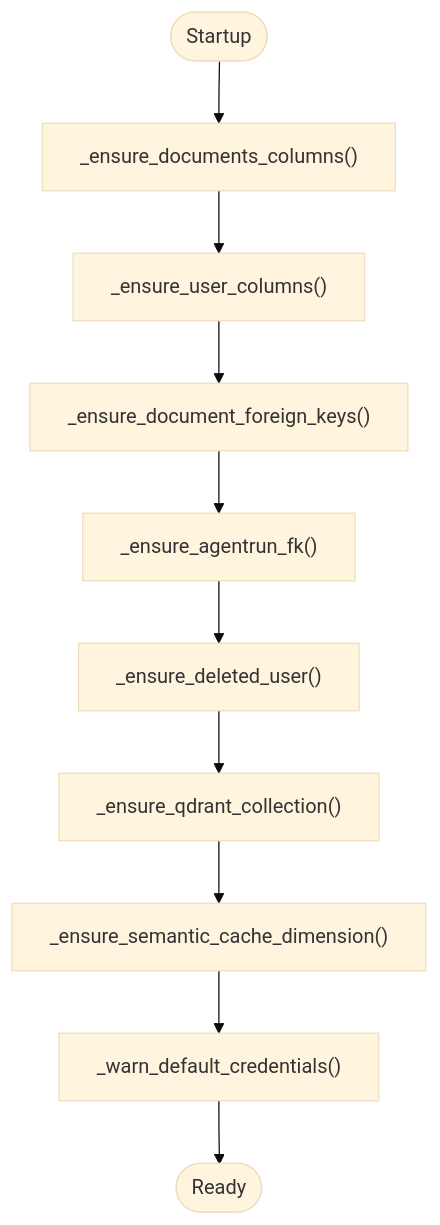
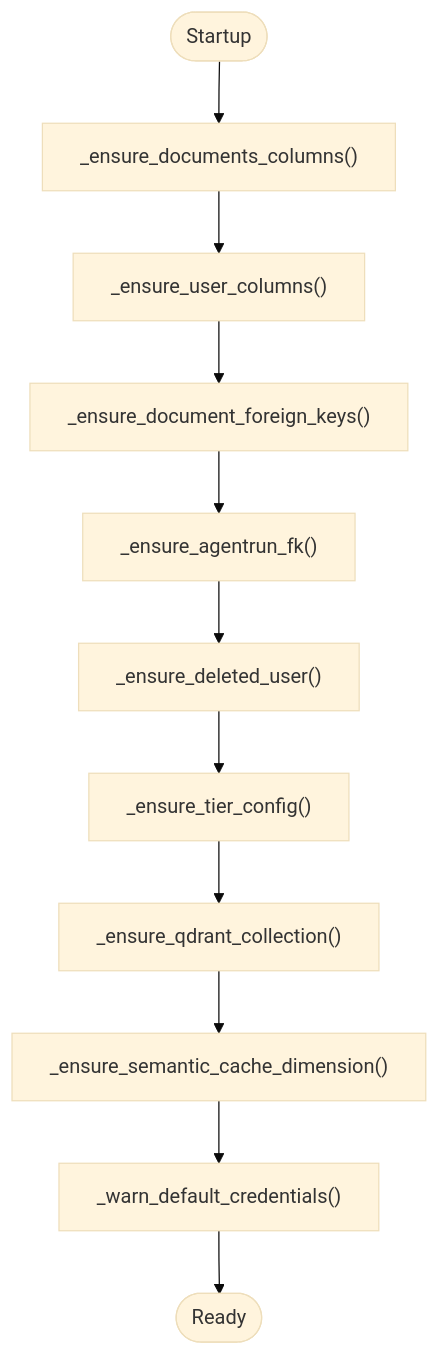
The third of 9 diagrams in .qoder/repowiki/en/content/Backend Development/Database Integration/Startup Schema Management.md (genes8/private-ai), drawn with Mermaid (base theme) before and after one commit. The commit also changed other lines of this file and 101 other files, not shown here.

````diff
--- a/.qoder/repowiki/en/content/Backend Development/Database Integration/Startup Schema Management.md
+++ b/.qoder/repowiki/en/content/Backend Development/Database Integration/Startup Schema Management.md
@@ -139,12 +156,13 @@
 ```mermaid
 flowchart TD
 Start(["Startup"]) --> DocsCols["_ensure_documents_columns()"]
 DocsCols --> UserCols["_ensure_user_columns()"]
 UserCols --> DocFKs["_ensure_document_foreign_keys()"]
 DocFKs --> AgentFK["_ensure_agentrun_fk()"]
 AgentFK --> DeletedUser["_ensure_deleted_user()"]
-DeletedUser --> QdrantCheck["_ensure_qdrant_collection()"]
+DeletedUser --> TierConfig["_ensure_tier_config()"]
+TierConfig --> QdrantCheck["_ensure_qdrant_collection()"]
 QdrantCheck --> CacheDim["_ensure_semantic_cache_dimension()"]
 CacheDim --> Credentials["_warn_default_credentials()"]
 Credentials --> End(["Ready"])
 ```
````
